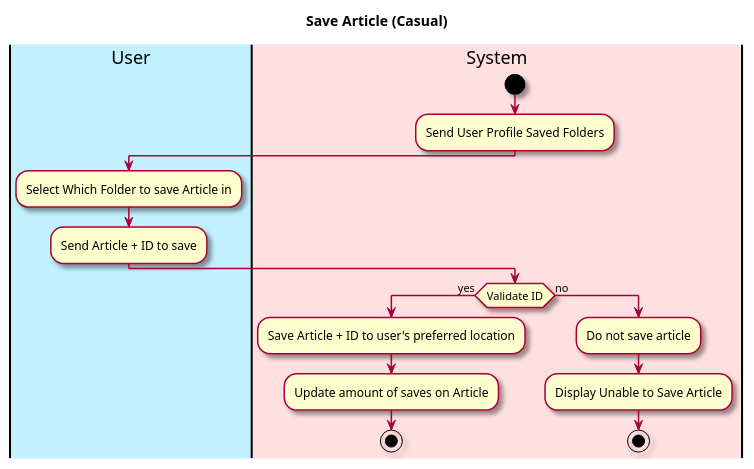
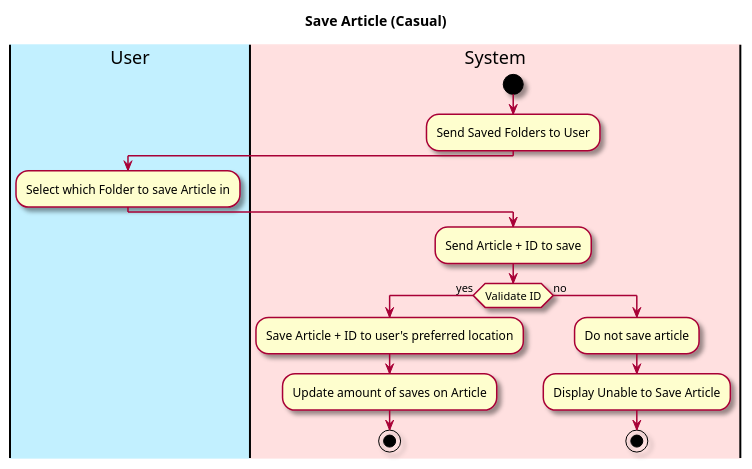
The diagram in intellij/doc/Functional Specification/save-article.md (owhitleym-ui/EcoScoop), drawn with PlantUML before and after one commit. The commit also changed 9 other files, not shown here.

````diff
--- a/intellij/doc/Functional Specification/save-article.md
+++ b/intellij/doc/Functional Specification/save-article.md
@@ -24,32 +24,33 @@
 ```plantuml
 @startuml
 
 skin rose
 
 title Save Article (Casual)
 
 'define the lanes
 |#application|User|
 |#implementation|System|
 
 |System|
 start
-:Send User Profile Saved Folders;
+:Send Saved Folders to User;
 
 |User|
-:Select Which Folder to save Article in;
+:Select which Folder to save Article in;
+|System|
 :Send Article + ID to save;
 
 |System|
 if (Validate ID) then (yes)
 :Save Article + ID to user's preferred location;
 :Update amount of saves on Article;
 stop
 
 else (no)
 :Do not save article;
 :Display Unable to Save Article;
 
 stop
 @enduml
 ```
````
